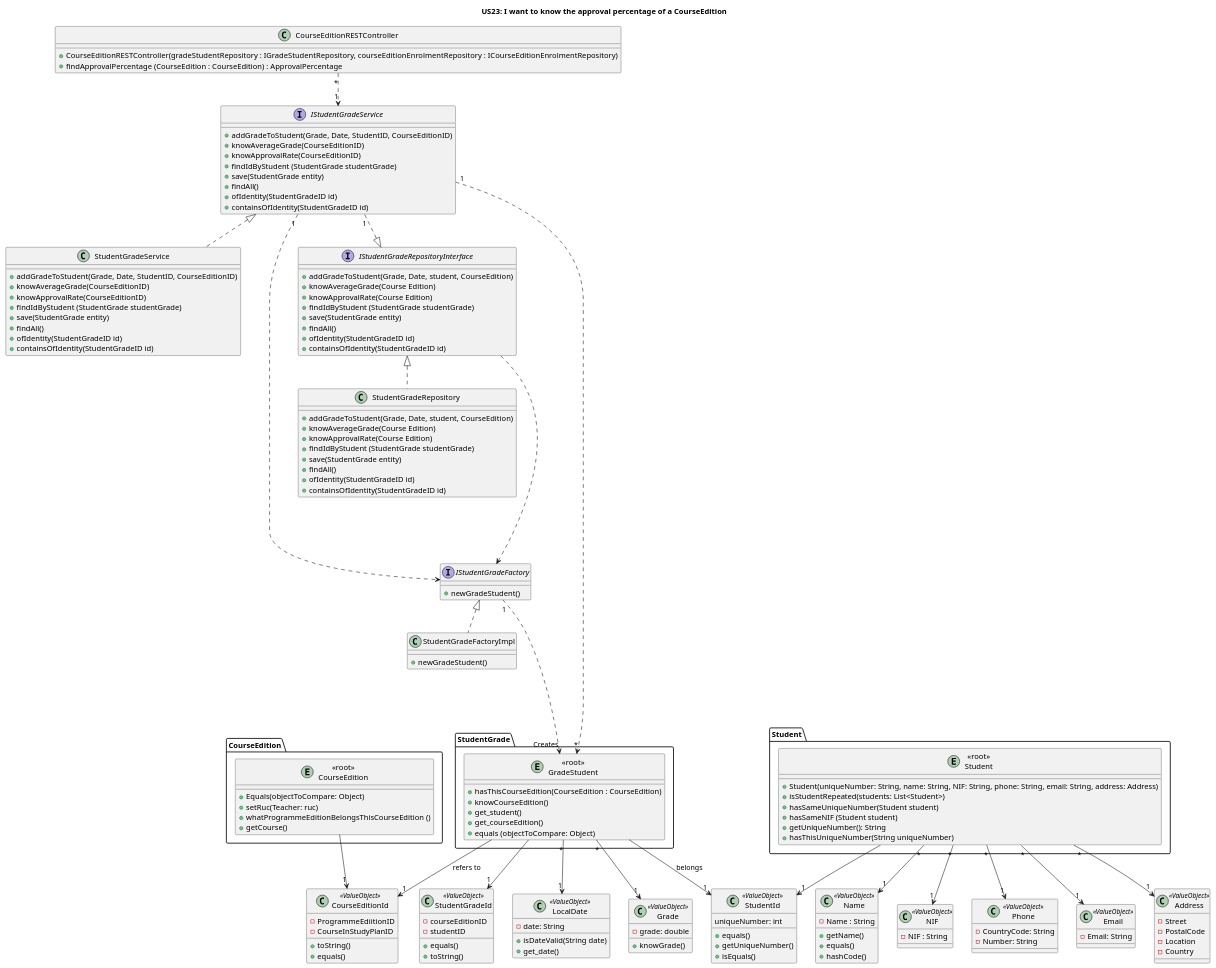
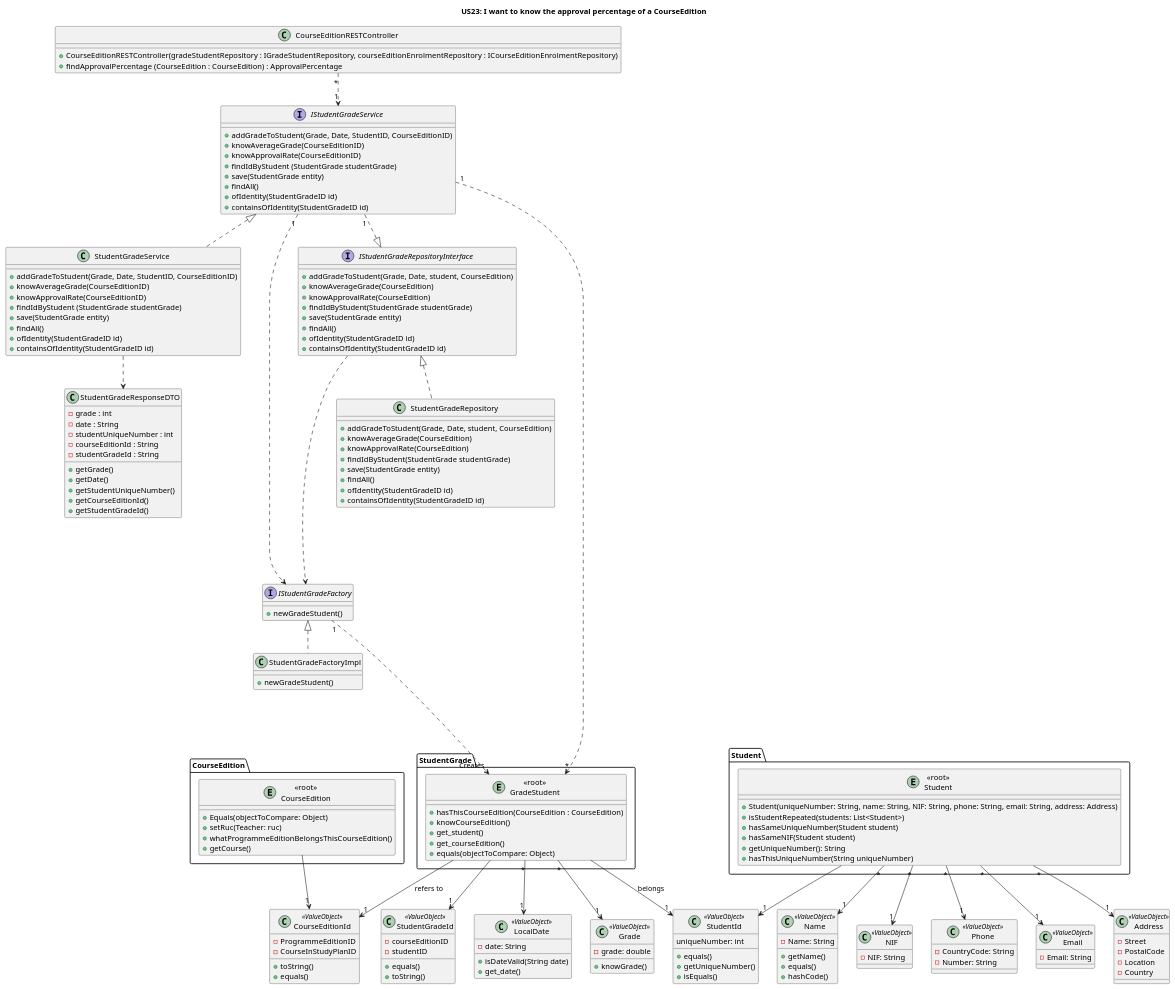
One commit to GasparISEP/DevOps-PAI changed the diagram in docs/US23/REST_API/US23_ClassDiagram_REST_API.puml. Above: the diagram before and after it, drawn with PlantUML.

Commit message:
Update Class Diagram for the ApprovalPercentage functionality. Refs #565

```diff
--- a/docs/US23/REST_API/US23_ClassDiagram_REST_API.puml
+++ b/docs/US23/REST_API/US23_ClassDiagram_REST_API.puml
@@ -1,185 +1,188 @@
 @startuml
 title US23: I want to know the approval percentage of a CourseEdition
-'left to right direction
 
 class CourseEditionRESTController {
     +CourseEditionRESTController(gradeStudentRepository : IGradeStudentRepository, courseEditionEnrolmentRepository : ICourseEditionEnrolmentRepository)
     +findApprovalPercentage (CourseEdition : CourseEdition) : ApprovalPercentage
 }
 
 interface IStudentGradeService {
         +addGradeToStudent(Grade, Date, StudentID, CourseEditionID)
         +knowAverageGrade(CourseEditionID)
         +knowApprovalRate(CourseEditionID)
         +findIdByStudent (StudentGrade studentGrade)
         +save(StudentGrade entity)
         +findAll()
         +ofIdentity(StudentGradeID id)
         +containsOfIdentity(StudentGradeID id)
 }
 
 class StudentGradeService {
         +addGradeToStudent(Grade, Date, StudentID, CourseEditionID)
         +knowAverageGrade(CourseEditionID)
         +knowApprovalRate(CourseEditionID)
         +findIdByStudent (StudentGrade studentGrade)
         +save(StudentGrade entity)
         +findAll()
         +ofIdentity(StudentGradeID id)
         +containsOfIdentity(StudentGradeID id)
 }
 
+class StudentGradeResponseDTO {
+    -grade : int
+    -date : String
+    -studentUniqueNumber : int
+    -courseEditionId : String
+    -studentGradeId : String
+    +getGrade()
+    +getDate()
+    +getStudentUniqueNumber()
+    +getCourseEditionId()
+    +getStudentGradeId()
+}
+
 
 package "StudentGrade" {
-entity "<<root>>\nGradeStudent"  {
-    +hasThisCourseEdition(CourseEdition : CourseEdition)
-    +knowCourseEdition()
-    +get_student()
-    +get_courseEdition()
-    +equals (objectToCompare: Object)
+    entity "<<root>>\nGradeStudent" {
+        +hasThisCourseEdition(CourseEdition : CourseEdition)
+        +knowCourseEdition()
+        +get_student()
+        +get_courseEdition()
+        +equals(objectToCompare: Object)
+    }
+}
 
-    }
+class Grade <<ValueObject>> {
+    -grade: double
+    +knowGrade()
+}
 
+class LocalDate <<ValueObject>> {
+    -date: String
+    +isDateValid(String date)
+    +get_date()
 }
-class Grade <<ValueObject>> {
-        -grade: double
-        +knowGrade()
-    }
-    class LocalDate <<ValueObject>> {
-            -date: String
-            +isDateValid(String date)
-            +get_date()
-        }
 
- class StudentGradeId <<ValueObject>> {
+class StudentGradeId <<ValueObject>> {
     -courseEditionID
     -studentID
     +equals()
     +toString()
-        }
+}
 
 class StudentGradeRepository {
     +addGradeToStudent(Grade, Date, student, CourseEdition)
-    +knowAverageGrade(Course Edition)
-    +knowApprovalRate(Course Edition)
-    +findIdByStudent (StudentGrade studentGrade)
+    +knowAverageGrade(CourseEdition)
+    +knowApprovalRate(CourseEdition)
+    +findIdByStudent(StudentGrade studentGrade)
     +save(StudentGrade entity)
     +findAll()
     +ofIdentity(StudentGradeID id)
     +containsOfIdentity(StudentGradeID id)
 }
 
 interface IStudentGradeRepositoryInterface {
-   +addGradeToStudent(Grade, Date, student, CourseEdition)
-   +knowAverageGrade(Course Edition)
-   +knowApprovalRate(Course Edition)
-   +findIdByStudent (StudentGrade studentGrade)
-       +save(StudentGrade entity)
-       +findAll()
-       +ofIdentity(StudentGradeID id)
-       +containsOfIdentity(StudentGradeID id)
+    +addGradeToStudent(Grade, Date, student, CourseEdition)
+    +knowAverageGrade(CourseEdition)
+    +knowApprovalRate(CourseEdition)
+    +findIdByStudent(StudentGrade studentGrade)
+    +save(StudentGrade entity)
+    +findAll()
+    +ofIdentity(StudentGradeID id)
+    +containsOfIdentity(StudentGradeID id)
 }
 
 interface IStudentGradeFactory {
     +newGradeStudent()
 }
 
-
 class StudentGradeFactoryImpl {
     +newGradeStudent()
 }
 
-
-
 class StudentId <<ValueObject>> {
-uniqueNumber: int
-+equals()
-+getUniqueNumber()
-+isEquals()
-            }
+    uniqueNumber: int
+    +equals()
+    +getUniqueNumber()
+    +isEquals()
+}
 
 package "Student" {
-entity "<<root>>\nStudent"  {
+    entity "<<root>>\nStudent" {
         +Student(uniqueNumber: String, name: String, NIF: String, phone: String, email: String, address: Address)
-         +isStudentRepeated(students: List<Student>)
-         +hasSameUniqueNumber(Student student)
-         +hasSameNIF (Student student)
-         +getUniqueNumber(): String
-         +hasThisUniqueNumber(String uniqueNumber)
+        +isStudentRepeated(students: List<Student>)
+        +hasSameUniqueNumber(Student student)
+        +hasSameNIF(Student student)
+        +getUniqueNumber(): String
+        +hasThisUniqueNumber(String uniqueNumber)
+    }
+}
 
-    }
+class Name <<ValueObject>> {
+    -Name: String
+    +getName()
+    +equals()
+    +hashCode()
+}
 
-    }
-    class Name <<ValueObject>> {
-                    -Name : String
-                    +getName()
-                    +equals()
-                    +hashCode()
-                }
-        class NIF <<ValueObject>> {
-                     -NIF : String
-                }
-        class Phone <<ValueObject>> {
-                         -CountryCode: String
-                         -Number: String
-                    }
-        class Email <<ValueObject>> {
-                         -Email: String
-                        }
-         class Address <<ValueObject>> {
-                         -Street
-                         -PostalCode
-                         -Location
-                         -Country
-                            }
+class NIF <<ValueObject>> {
+    -NIF: String
+}
+
+class Phone <<ValueObject>> {
+    -CountryCode: String
+    -Number: String
+}
+
+class Email <<ValueObject>> {
+    -Email: String
+}
+
+class Address <<ValueObject>> {
+    -Street
+    -PostalCode
+    -Location
+    -Country
+}
+
 class CourseEditionId <<ValueObject>> {
--ProgrammeEdiitionID
--CourseInStudyPlanID
-+toString()
-+equals()
-            }
-
+    -ProgrammeEditionID
+    -CourseInStudyPlanID
+    +toString()
+    +equals()
+}
 
 package "CourseEdition" {
-entity "<<root>>\nCourseEdition"  {
+    entity "<<root>>\nCourseEdition" {
         +Equals(objectToCompare: Object)
-      +setRuc(Teacher: ruc)
-      +whatProgrammeEditionBelongsThisCourseEdition ()
-      +getCourse()
-
+        +setRuc(Teacher: ruc)
+        +whatProgrammeEditionBelongsThisCourseEdition()
+        +getCourse()
     }
-    }
-
+}
 
 "<<root>>\nStudent" "*" --> "1" Name
 "<<root>>\nStudent" "*" --> "1" NIF
 "<<root>>\nStudent" "*" --> "1" Email
 "<<root>>\nStudent" "*" --> "1" Phone
 "<<root>>\nStudent" "*" --> "1" Address
 "<<root>>\nGradeStudent" "*" --> "1" Grade
 "<<root>>\nGradeStudent" "*" --> "1" LocalDate
-"<<root>>\nGradeStudent" --> "1" StudentId: belongs
+"<<root>>\nGradeStudent" --> "1" StudentId : belongs
 "<<root>>\nGradeStudent" --> "1" CourseEditionId : refers to
 IStudentGradeService "1" ....> IStudentGradeFactory
 IStudentGradeFactory "1" ....> "Creates" "<<root>>\nGradeStudent"
-IStudentGradeFactory  <|..  StudentGradeFactoryImpl
-
+IStudentGradeFactory <|.. StudentGradeFactoryImpl
 
 "<<root>>\nGradeStudent" --> "1" StudentGradeId
 "<<root>>\nCourseEdition" --> "1" CourseEditionId
 "<<root>>\nStudent" --> "1" StudentId
-IStudentGradeService <|..StudentGradeService
-IStudentGradeRepositoryInterface <|..StudentGradeRepository
+IStudentGradeService <|.. StudentGradeService
+IStudentGradeRepositoryInterface <|.. StudentGradeRepository
 IStudentGradeRepositoryInterface ....> IStudentGradeFactory
-
-
-
 IStudentGradeService "1" ....> "*" "<<root>>\nGradeStudent"
-
-
-
-
 IStudentGradeService "1" ..|> IStudentGradeRepositoryInterface
 CourseEditionRESTController "*" ..> "1" IStudentGradeService
+StudentGradeService ..> StudentGradeResponseDTO
 
 @enduml
```
